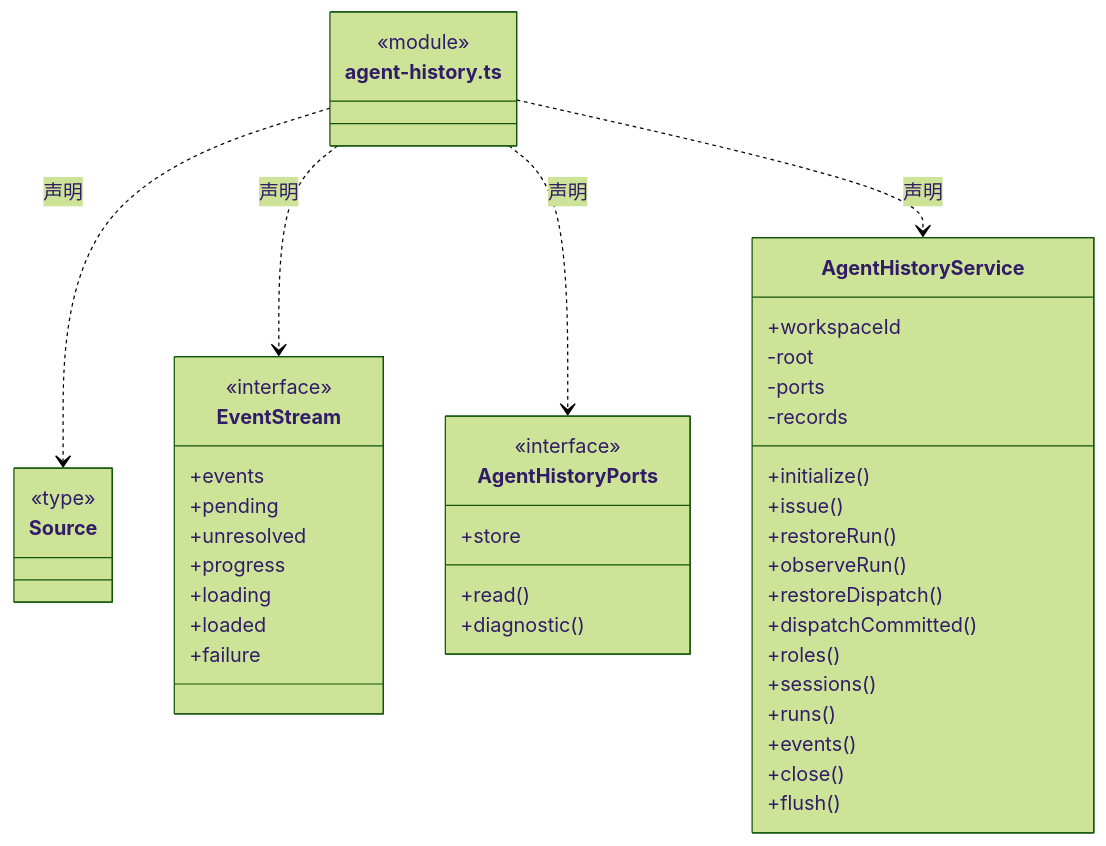
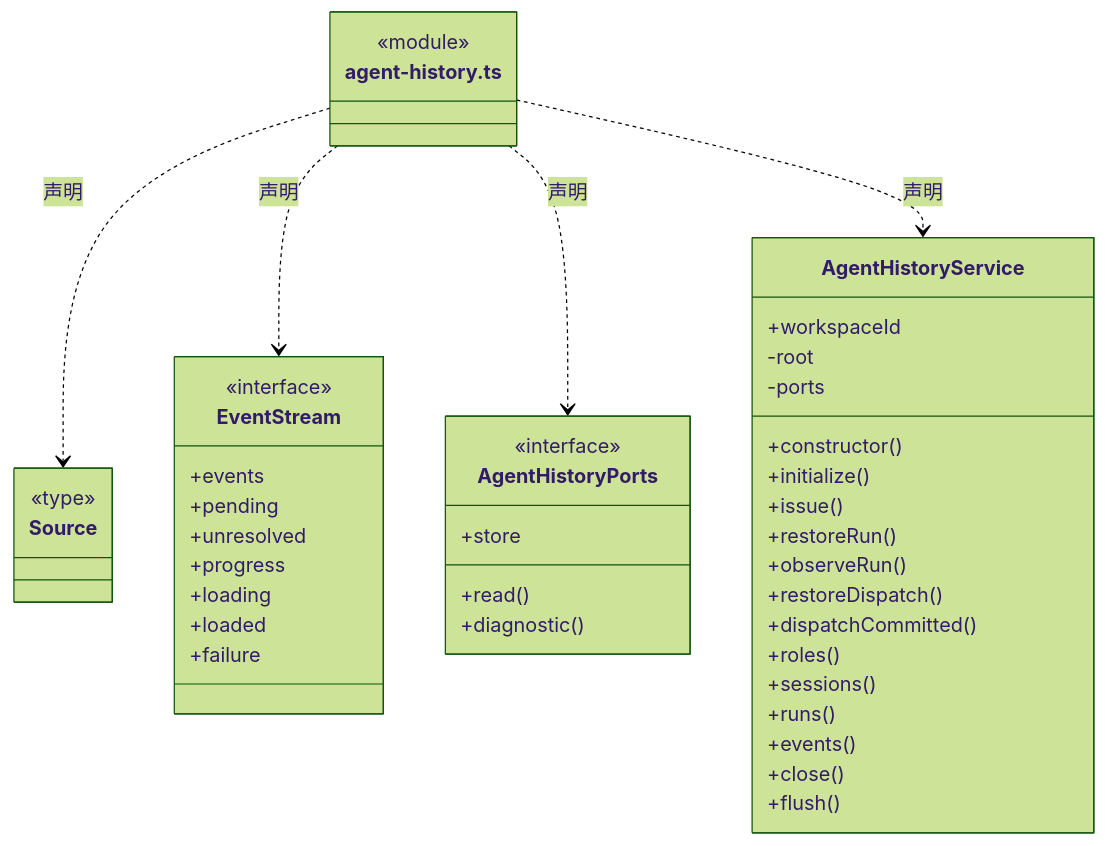
Before and after one commit to nan023062/cbim: the first of 3 diagrams in src/logic/history/runtime/ARCHITECTURE.md, drawn with Mermaid (forest theme). The commit also changed other lines of this file and 139 other files, not shown here.

Commit message:
docs(architecture): add source reading paths and complete file inventories

````diff
--- a/src/logic/history/runtime/ARCHITECTURE.md
+++ b/src/logic/history/runtime/ARCHITECTURE.md
@@ -21,48 +25,48 @@
 ```mermaid
 classDiagram
 class N_src_logic_history_runtime_agent_history_ts["agent-history.ts"] {
   <<module>>
 }
 class N_src_logic_history_runtime_agent_history_ts_Source["Source"] {
   <<type>>
 
 }
 N_src_logic_history_runtime_agent_history_ts ..> N_src_logic_history_runtime_agent_history_ts_Source : 声明
 class N_src_logic_history_runtime_agent_history_ts_EventStream["EventStream"] {
   <<interface>>
   +events
   +pending
   +unresolved
   +progress
   +loading
   +loaded
   +failure
 }
 N_src_logic_history_runtime_agent_history_ts ..> N_src_logic_history_runtime_agent_history_ts_EventStream : 声明
 class N_src_logic_history_runtime_agent_history_ts_AgentHistoryPorts["AgentHistoryPorts"] {
   <<interface>>
   +store
   +read()
   +diagnostic()
 }
 N_src_logic_history_runtime_agent_history_ts ..> N_src_logic_history_runtime_agent_history_ts_AgentHistoryPorts : 声明
 class N_src_logic_history_runtime_agent_history_ts_AgentHistoryService["AgentHistoryService"] {
   +workspaceId
+  +constructor()
   +initialize()
   +issue()
   +restoreRun()
   +observeRun()
   +restoreDispatch()
   +dispatchCommitted()
   +roles()
   +sessions()
   +runs()
   +events()
   +close()
   +flush()
   -root
   -ports
-  -records
 }
 N_src_logic_history_runtime_agent_history_ts ..> N_src_logic_history_runtime_agent_history_ts_AgentHistoryService : 声明
 ```
````
